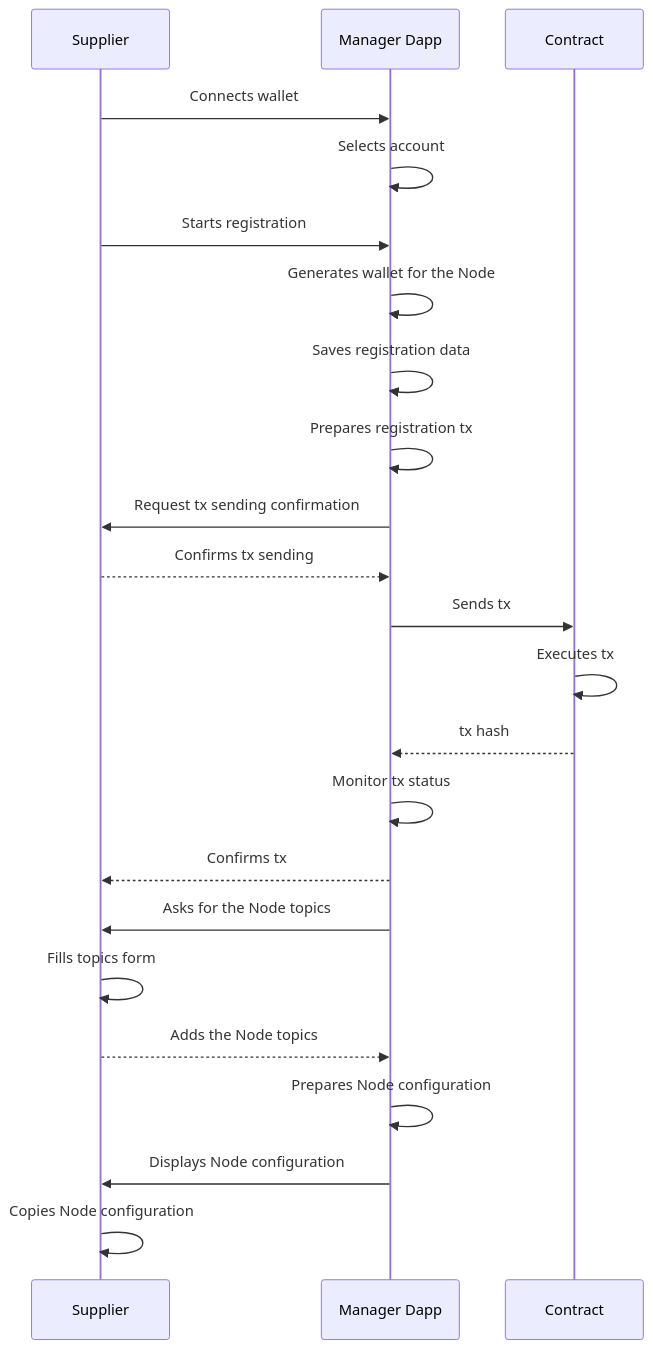
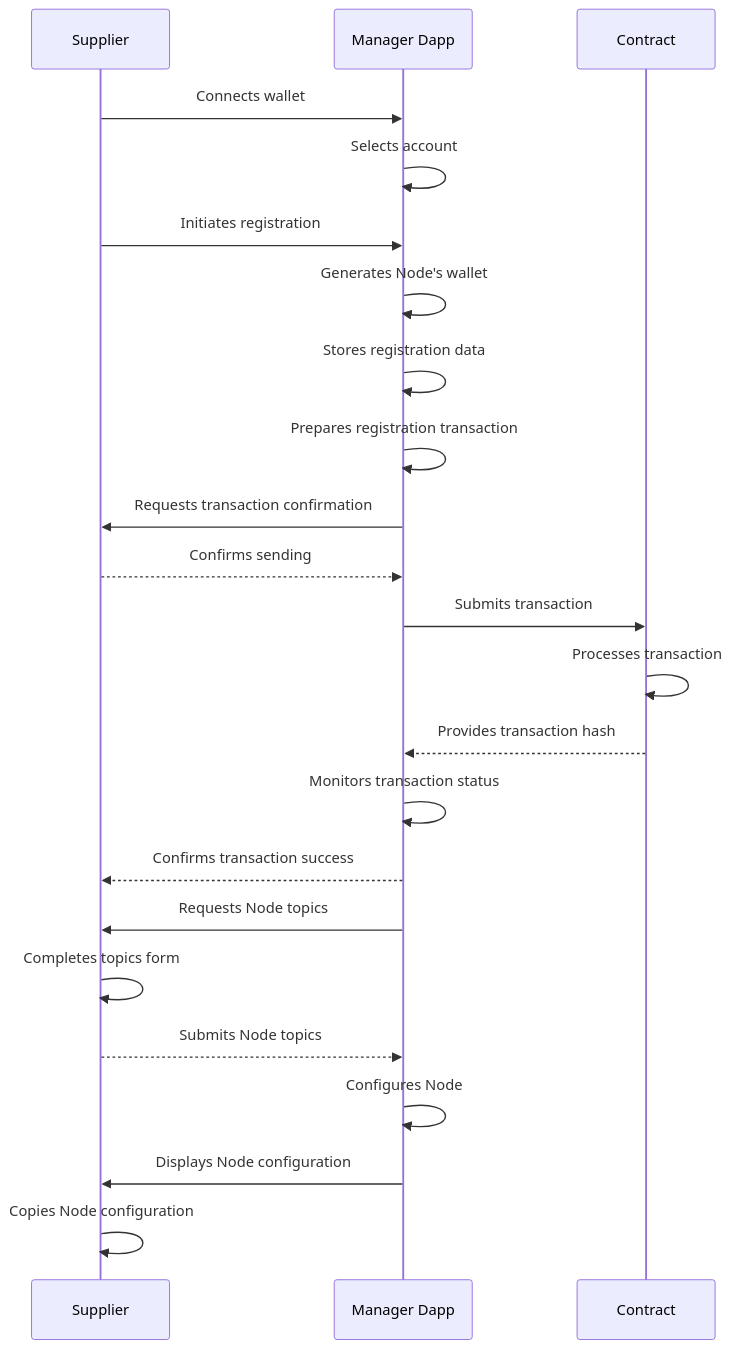
Before and after one commit to windingtree/mvp: the second of 14 diagrams in docs/architecture.md, drawn with Mermaid. The commit also changed other lines of this file and 1 other file, not shown here.

Commit message:
docs: ✏️ Added the MVP architecture document

````diff
--- a/docs/architecture.md
+++ b/docs/architecture.md
@@ -113,26 +106,26 @@
 ```mermaid
 sequenceDiagram
   participant supplier as Supplier
   participant manager as Manager Dapp
   participant contract as Contract
 
   supplier->>manager: Connects wallet
   manager->>manager: Selects account
-  supplier->>manager: Starts registration
-  manager->>manager: Generates wallet for the Node
-  manager->>manager: Saves registration data
-  manager->>manager: Prepares registration tx
-  manager->>supplier: Request tx sending confirmation
-  supplier-->>manager: Confirms tx sending
-  manager->>contract: Sends tx
-  contract->>contract: Executes tx
-  contract-->>manager: tx hash
-  manager->>manager: Monitor tx status
-  manager-->>supplier: Confirms tx
-  manager->>supplier: Asks for the Node topics
-  supplier->>supplier: Fills topics form
-  supplier-->>manager: Adds the Node topics
-  manager->>manager: Prepares Node configuration
+  supplier->>manager: Initiates registration
+  manager->>manager: Generates Node's wallet
+  manager->>manager: Stores registration data
+  manager->>manager: Prepares registration transaction
+  manager->>supplier: Requests transaction confirmation
+  supplier-->>manager: Confirms sending
+  manager->>contract: Submits transaction
+  contract->>contract: Processes transaction
+  contract-->>manager: Provides transaction hash
+  manager->>manager: Monitors transaction status
+  manager-->>supplier: Confirms transaction success
+  manager->>supplier: Requests Node topics
+  supplier->>supplier: Completes topics form
+  supplier-->>manager: Submits Node topics
+  manager->>manager: Configures Node
   manager->>supplier: Displays Node configuration
   supplier->>supplier: Copies Node configuration
 ```
````
